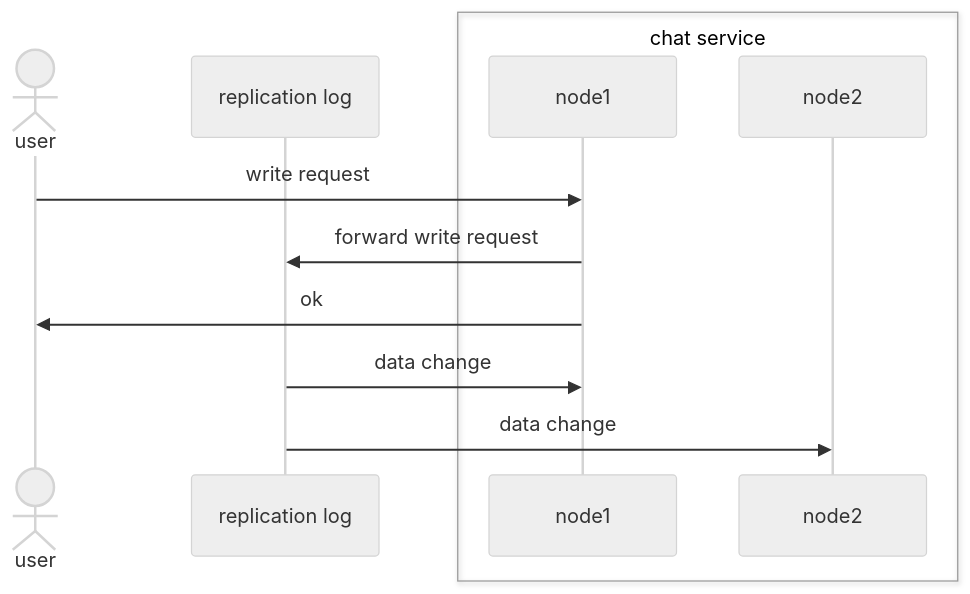
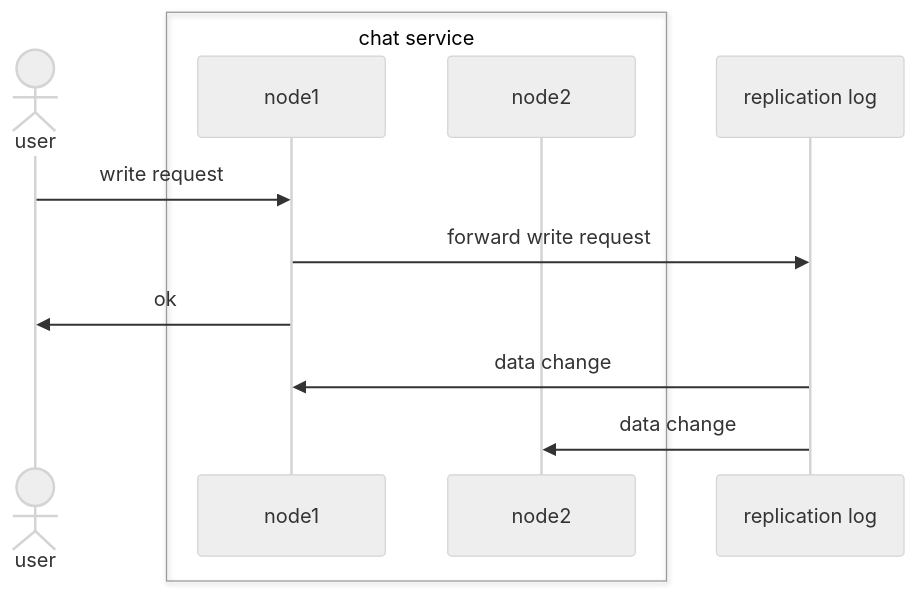
Before and after one commit to neon-epsilon/chat-cluster: the third of 4 diagrams in README.md, drawn with Mermaid (neutral theme). The commit also changed other lines of this file, not shown here.

Commit message:
Improve diagrams

````diff
--- a/README.md
+++ b/README.md
@@ -73,15 +73,15 @@
 ```mermaid
 sequenceDiagram
   actor user
-  participant replication log
   box transparent chat service
     participant node1
     participant node2
   end
+  participant replication log
 
   user->>node1: write request
   node1->>replication log: forward write request
   node1->>user: ok
   replication log->>node1: data change
   replication log->>node2: data change
 ```
````
